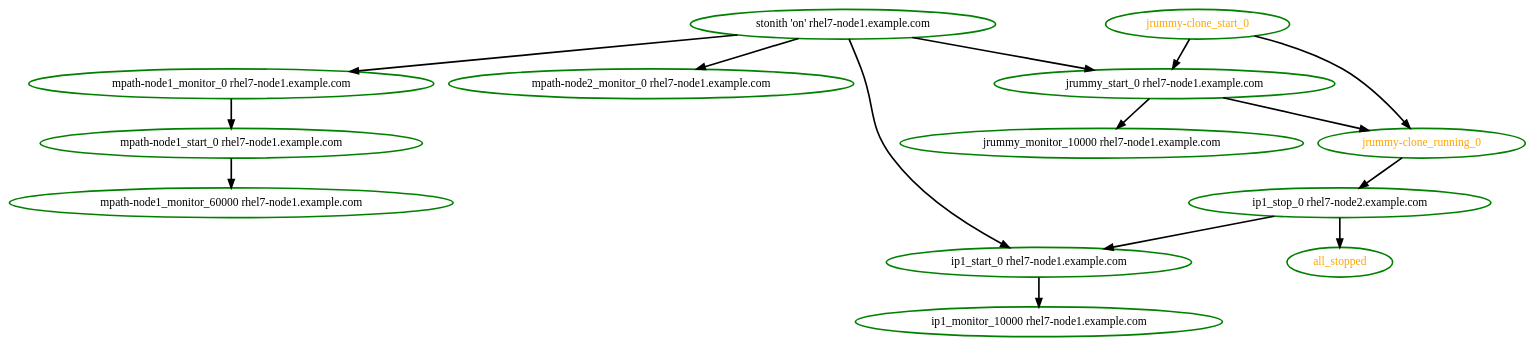
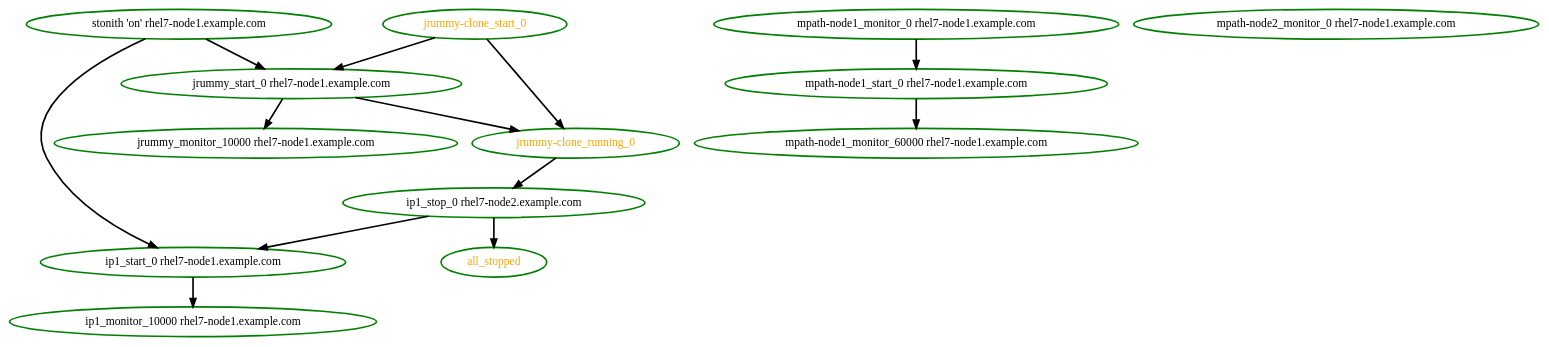
The diagram in pengine/test10/start-then-stop-with-unfence.dot (ClusterLabs/pacemaker), drawn with Graphviz before and after one commit. The commit also changed 169 other files, not shown here.

```diff
--- a/pengine/test10/start-then-stop-with-unfence.dot
+++ b/pengine/test10/start-then-stop-with-unfence.dot
@@ -1,29 +1,27 @@
 digraph "g" {
 "all_stopped" [ style=bold color="green" fontcolor="orange"]
 "ip1_monitor_10000 rhel7-node1.example.com" [ style=bold color="green" fontcolor="black"]
 "ip1_start_0 rhel7-node1.example.com" -> "ip1_monitor_10000 rhel7-node1.example.com" [ style = bold]
 "ip1_start_0 rhel7-node1.example.com" [ style=bold color="green" fontcolor="black"]
 "ip1_stop_0 rhel7-node2.example.com" -> "all_stopped" [ style = bold]
 "ip1_stop_0 rhel7-node2.example.com" -> "ip1_start_0 rhel7-node1.example.com" [ style = bold]
 "ip1_stop_0 rhel7-node2.example.com" [ style=bold color="green" fontcolor="black"]
 "jrummy-clone_running_0" -> "ip1_stop_0 rhel7-node2.example.com" [ style = bold]
 "jrummy-clone_running_0" [ style=bold color="green" fontcolor="orange"]
 "jrummy-clone_start_0" -> "jrummy-clone_running_0" [ style = bold]
 "jrummy-clone_start_0" -> "jrummy_start_0 rhel7-node1.example.com" [ style = bold]
 "jrummy-clone_start_0" [ style=bold color="green" fontcolor="orange"]
 "jrummy_monitor_10000 rhel7-node1.example.com" [ style=bold color="green" fontcolor="black"]
 "jrummy_start_0 rhel7-node1.example.com" -> "jrummy-clone_running_0" [ style = bold]
 "jrummy_start_0 rhel7-node1.example.com" -> "jrummy_monitor_10000 rhel7-node1.example.com" [ style = bold]
 "jrummy_start_0 rhel7-node1.example.com" [ style=bold color="green" fontcolor="black"]
 "mpath-node1_monitor_0 rhel7-node1.example.com" -> "mpath-node1_start_0 rhel7-node1.example.com" [ style = bold]
 "mpath-node1_monitor_0 rhel7-node1.example.com" [ style=bold color="green" fontcolor="black"]
 "mpath-node1_monitor_60000 rhel7-node1.example.com" [ style=bold color="green" fontcolor="black"]
 "mpath-node1_start_0 rhel7-node1.example.com" -> "mpath-node1_monitor_60000 rhel7-node1.example.com" [ style = bold]
 "mpath-node1_start_0 rhel7-node1.example.com" [ style=bold color="green" fontcolor="black"]
 "mpath-node2_monitor_0 rhel7-node1.example.com" [ style=bold color="green" fontcolor="black"]
 "stonith 'on' rhel7-node1.example.com" -> "ip1_start_0 rhel7-node1.example.com" [ style = bold]
 "stonith 'on' rhel7-node1.example.com" -> "jrummy_start_0 rhel7-node1.example.com" [ style = bold]
-"stonith 'on' rhel7-node1.example.com" -> "mpath-node1_monitor_0 rhel7-node1.example.com" [ style = bold]
-"stonith 'on' rhel7-node1.example.com" -> "mpath-node2_monitor_0 rhel7-node1.example.com" [ style = bold]
 "stonith 'on' rhel7-node1.example.com" [ style=bold color="green" fontcolor="black"]
 }
```
